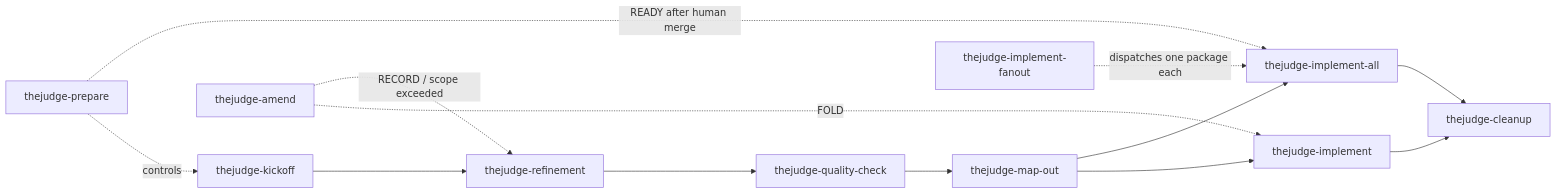
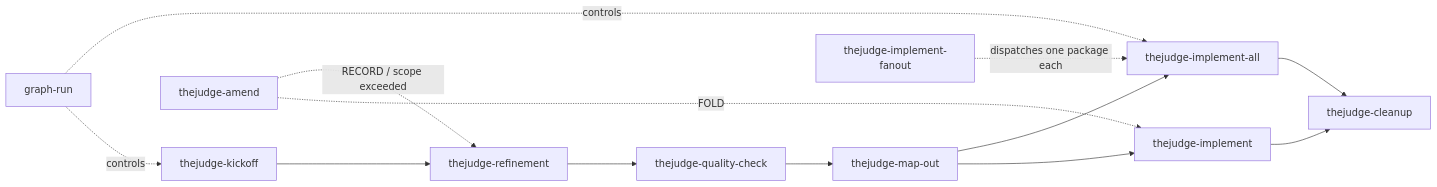
One commit to ChrisMiho/TheJudge changed the diagram in AGENT-SKILLS.md. Above: the diagram before and after it, drawn with Mermaid. The commit also changed other lines of this file and 4 other files, not shown here.

First line of the commit message:
feat(graph-single-door-workflow): complete slice A

````diff
--- a/AGENT-SKILLS.md
+++ b/AGENT-SKILLS.md
@@ -35,15 +35,15 @@
 ```mermaid
 flowchart LR
-  prepare[thejudge-prepare] -. controls .-> kickoff
-  prepare -. READY after human merge .-> implementall
+  graphrun[graph-run] -. controls .-> kickoff
+  graphrun -. controls .-> implementall
   kickoff[thejudge-kickoff] --> refinement[thejudge-refinement]
   refinement --> qc[thejudge-quality-check]
   qc --> mapout[thejudge-map-out]
   mapout --> implement[thejudge-implement]
   mapout --> implementall[thejudge-implement-all]
   implement --> cleanup[thejudge-cleanup]
   implementall --> cleanup
   fanout[thejudge-implement-fanout] -. dispatches one package each .-> implementall
   amend[thejudge-amend] -. FOLD .-> implement
   amend -. RECORD / scope exceeded .-> refinement
 ```
````
